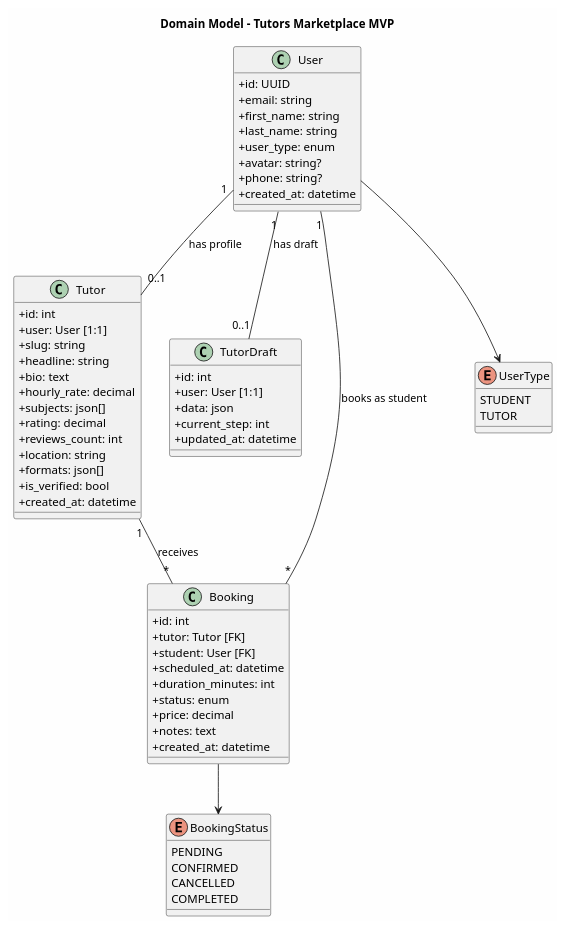
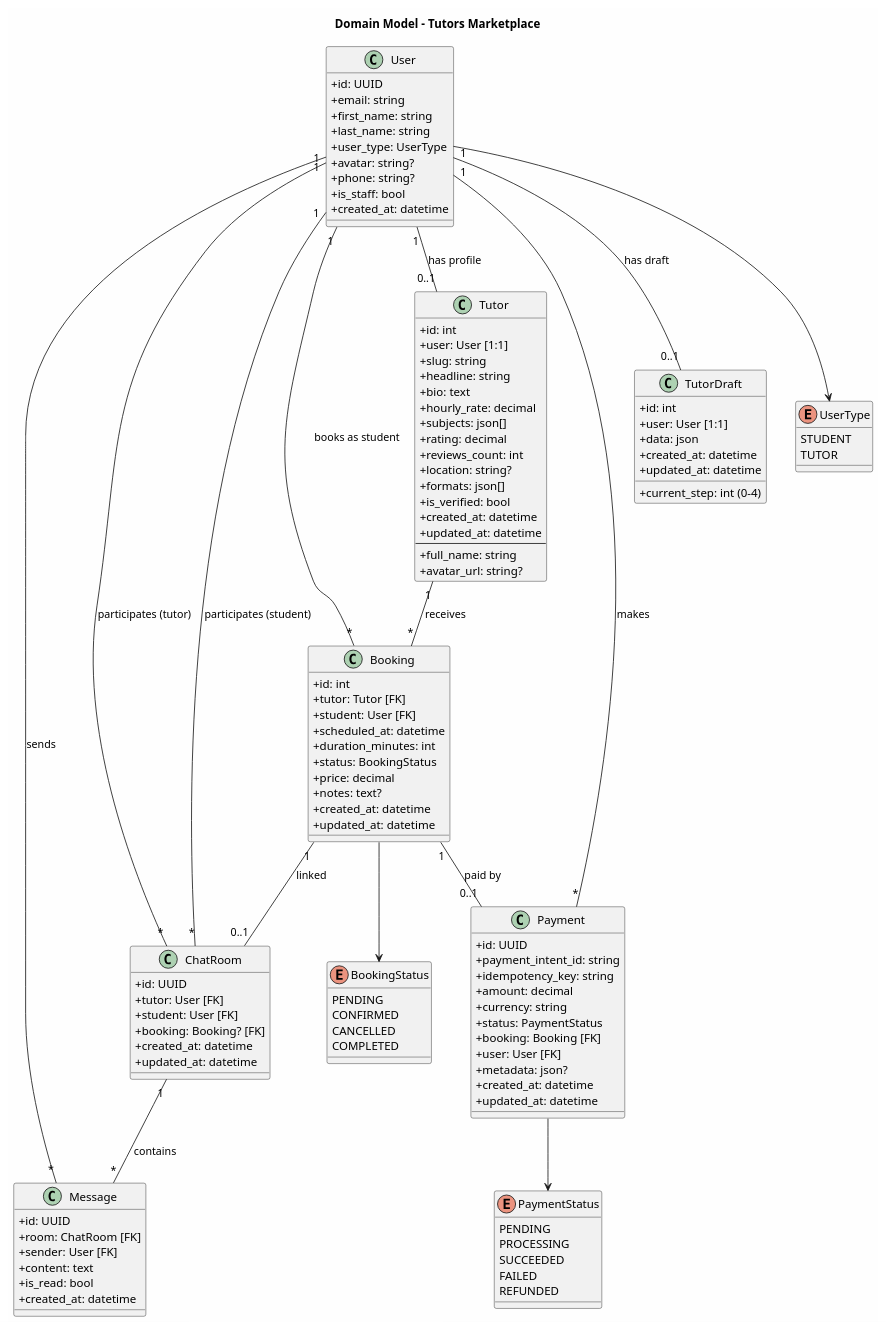
Before and after one commit to DmitryDubovikov/nextjs-django-tutors: the second of 7 diagrams in solution-design/diagrams.puml, drawn with PlantUML. The commit also changed other lines of this file and 2 other files, not shown here.

```diff
--- a/solution-design/diagrams.puml
+++ b/solution-design/diagrams.puml
@@ -46,73 +73,129 @@
 @startuml class
-title Domain Model - Tutors Marketplace MVP
+title Domain Model - Tutors Marketplace
 
 skinparam classAttributeIconSize 0
 skinparam backgroundColor #FEFEFE
 
 class User {
     +id: UUID
     +email: string
     +first_name: string
     +last_name: string
-    +user_type: enum
+    +user_type: UserType
     +avatar: string?
     +phone: string?
+    +is_staff: bool
     +created_at: datetime
 }
 
 class Tutor {
     +id: int
     +user: User [1:1]
     +slug: string
     +headline: string
     +bio: text
     +hourly_rate: decimal
     +subjects: json[]
     +rating: decimal
     +reviews_count: int
-    +location: string
+    +location: string?
     +formats: json[]
     +is_verified: bool
     +created_at: datetime
+    +updated_at: datetime
+    --
+    +full_name: string
+    +avatar_url: string?
 }
 
 class TutorDraft {
     +id: int
     +user: User [1:1]
     +data: json
-    +current_step: int
+    +current_step: int (0-4)
+    +created_at: datetime
     +updated_at: datetime
 }
 
 class Booking {
     +id: int
     +tutor: Tutor [FK]
     +student: User [FK]
     +scheduled_at: datetime
     +duration_minutes: int
-    +status: enum
+    +status: BookingStatus
     +price: decimal
-    +notes: text
+    +notes: text?
     +created_at: datetime
+    +updated_at: datetime
+}
+
+class ChatRoom {
+    +id: UUID
+    +tutor: User [FK]
+    +student: User [FK]
+    +booking: Booking? [FK]
+    +created_at: datetime
+    +updated_at: datetime
+}
+
+class Message {
+    +id: UUID
+    +room: ChatRoom [FK]
+    +sender: User [FK]
+    +content: text
+    +is_read: bool
+    +created_at: datetime
+}
+
+class Payment {
+    +id: UUID
+    +payment_intent_id: string
+    +idempotency_key: string
+    +amount: decimal
+    +currency: string
+    +status: PaymentStatus
+    +booking: Booking [FK]
+    +user: User [FK]
+    +metadata: json?
+    +created_at: datetime
+    +updated_at: datetime
 }
 
 enum BookingStatus {
     PENDING
     CONFIRMED
     CANCELLED
     COMPLETED
+}
+
+enum PaymentStatus {
+    PENDING
+    PROCESSING
+    SUCCEEDED
+    FAILED
+    REFUNDED
 }
 
 enum UserType {
     STUDENT
     TUTOR
 }
 
 User "1" -- "0..1" Tutor : has profile
 User "1" -- "0..1" TutorDraft : has draft
 User "1" -- "*" Booking : books as student
 Tutor "1" -- "*" Booking : receives
+Booking "1" -- "0..1" ChatRoom : linked
+Booking "1" -- "0..1" Payment : paid by
+User "1" -- "*" ChatRoom : participates (tutor)
+User "1" -- "*" ChatRoom : participates (student)
+ChatRoom "1" -- "*" Message : contains
+User "1" -- "*" Message : sends
+User "1" -- "*" Payment : makes
+
 Booking --> BookingStatus
+Payment --> PaymentStatus
 User --> UserType
 
 @enduml
```
